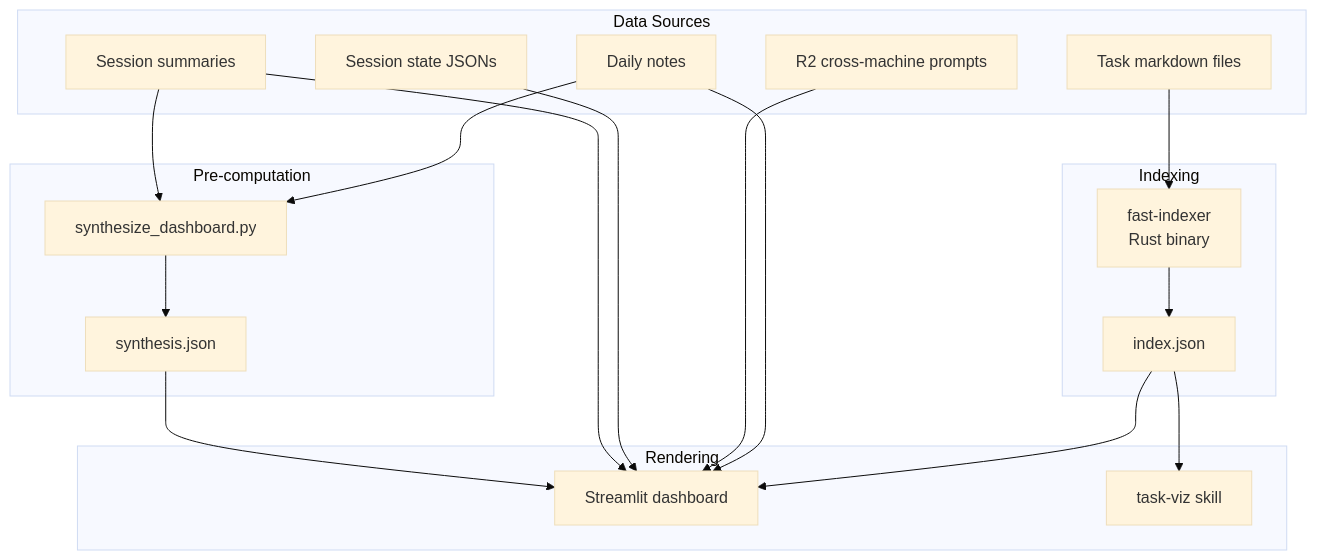
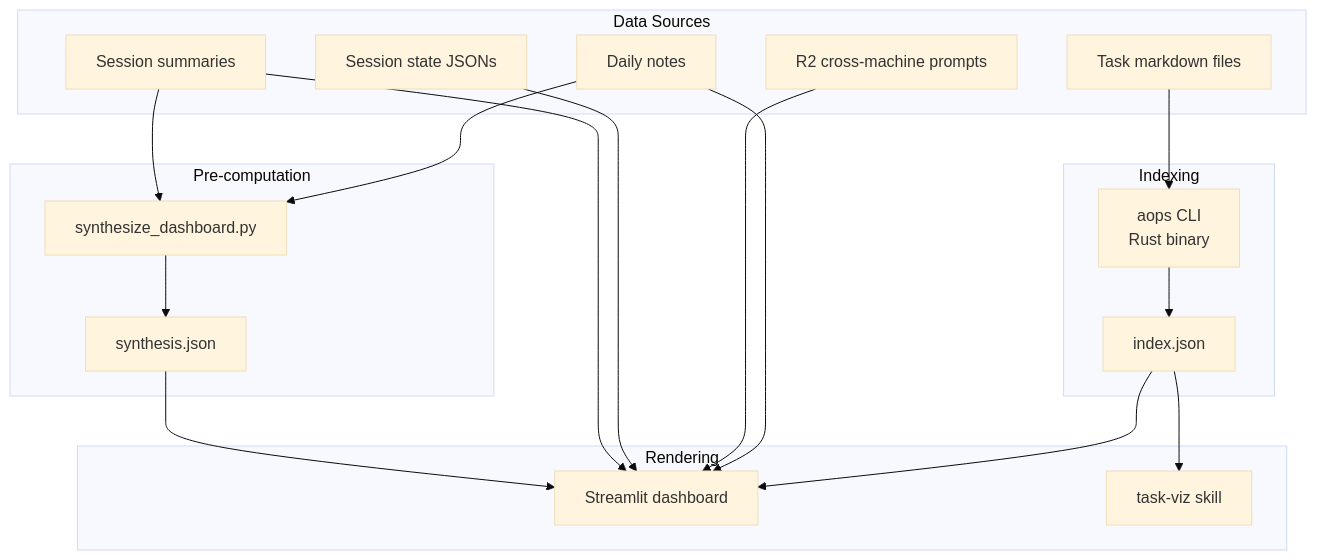
Before and after one commit to nicsuzor/academicOps: the diagram in specs/overwhelm-dashboard.md, drawn with Mermaid (base theme). The commit also changed other lines of this file and 18 other files, not shown here.

First line of the commit message:
refactor(viz): replace fast-indexer with aops CLI, fix graph output paths, optimize D3

````diff
--- a/specs/overwhelm-dashboard.md
+++ b/specs/overwhelm-dashboard.md
@@ -33,38 +33,38 @@
 ```mermaid
 graph TD
     subgraph "Indexing"
-        A[fast-indexer<br>Rust binary]
+        A[aops CLI<br>Rust binary]
         B[index.json]
     end
 
     subgraph "Data Sources"
         C[Task markdown files]
         D[Daily notes]
         E[R2 cross-machine prompts]
         F2[Session state JSONs]
         G2[Session summaries]
     end
 
     subgraph "Pre-computation"
         H[synthesize_dashboard.py]
         I[synthesis.json]
     end
 
     subgraph "Rendering"
         F[Streamlit dashboard]
         G[task-viz skill]
     end
 
     C --> A
     A --> B
     B --> F
     B --> G
     D --> F
     D --> H
     E --> F
     F2 --> F
     G2 --> F
     G2 --> H
     H --> I
     I --> F
 ```
````
